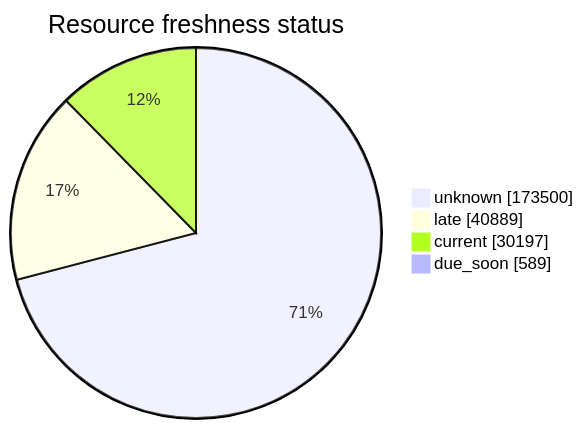
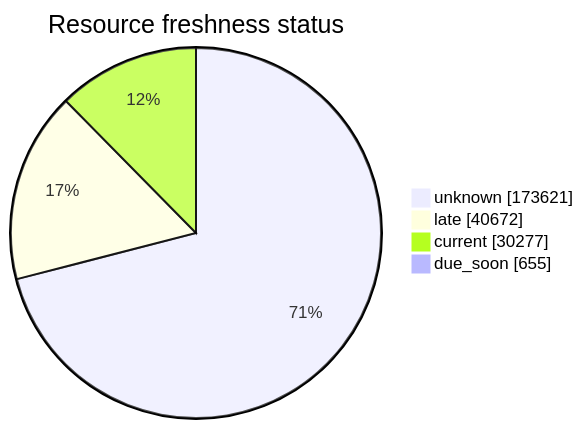
Before and after one commit to open-data/analytics-corporate-reporting: the third of 5 diagrams in FreshCheck/README.md, drawn with Mermaid. The commit also changed other lines of this file and 3 other files, not shown here.

````diff
--- a/FreshCheck/README.md
+++ b/FreshCheck/README.md
@@ -77,7 +77,7 @@
 ```mermaid
 pie showData title Resource freshness status
-    "unknown": 173500
-    "late": 40889
-    "current": 30197
-    "due_soon": 589
+    "unknown": 173621
+    "late": 40672
+    "current": 30277
+    "due_soon": 655
 ```
````
